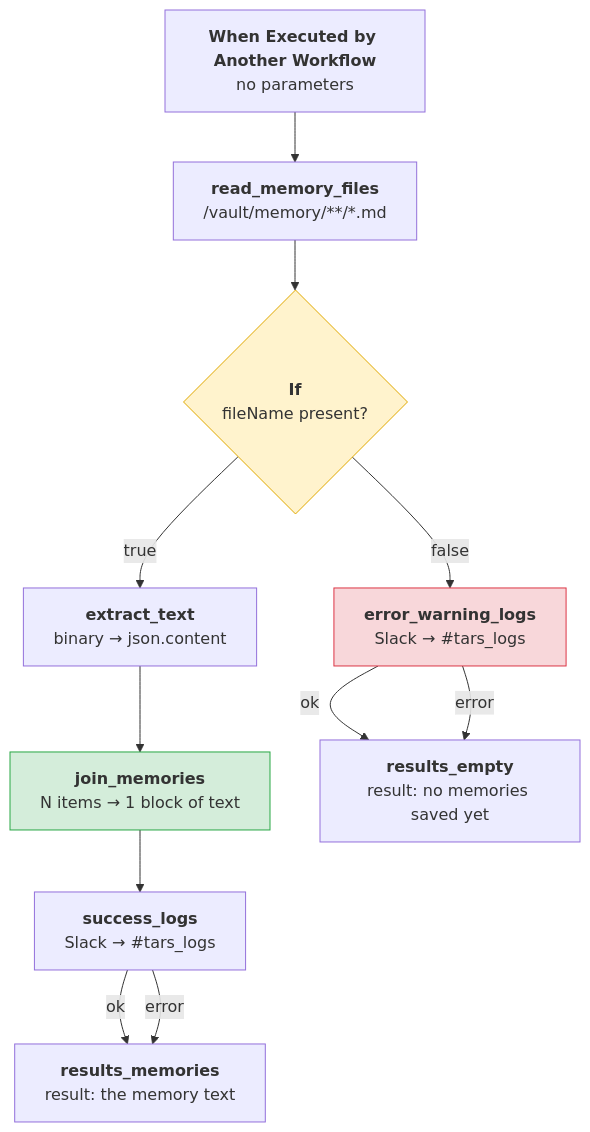
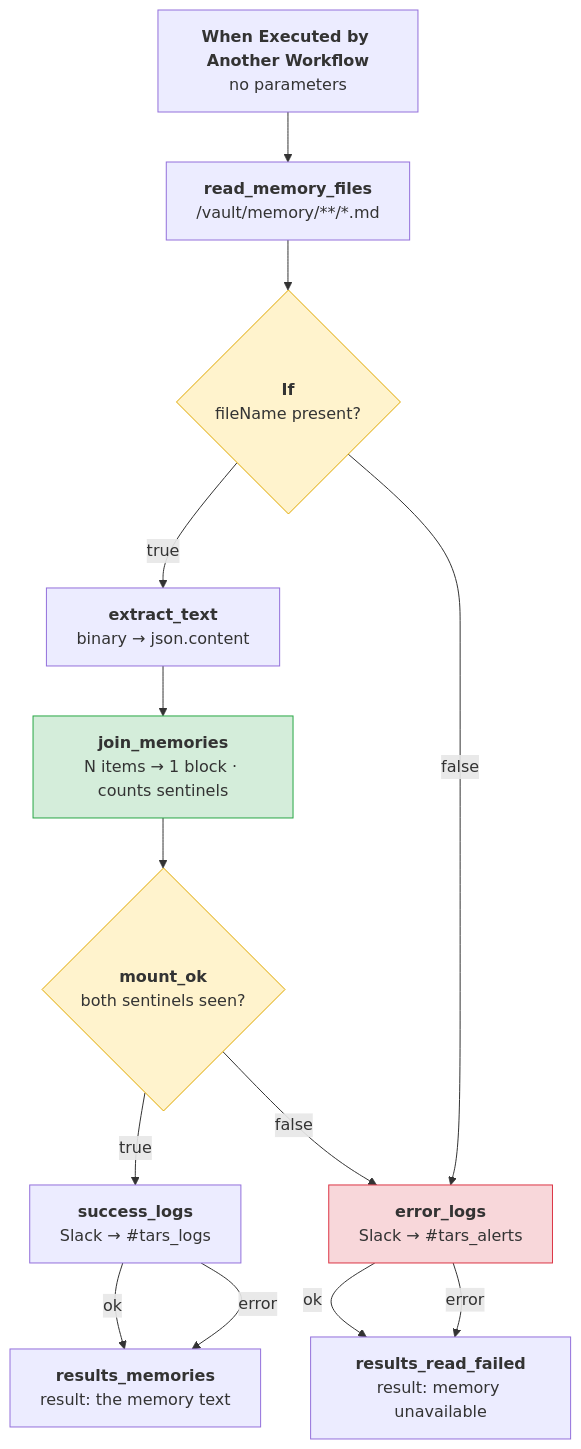
The diagram in docs/memory_read.md (zeltraxion/automation-stack), drawn with Mermaid before and after one commit. The commit also changed other lines of this file and 4 other files, not shown here.

Commit message:
feat: detect a broken memory mount with per-folder sentinels

````diff
--- a/docs/memory_read.md
+++ b/docs/memory_read.md
@@ -31,22 +31,26 @@
 ```mermaid
 flowchart TD
     A["<b>When Executed by Another Workflow</b><br/>no parameters"]
     B["<b>read_memory_files</b><br/>/vault/memory/**/*.md"]
     C{"<b>If</b><br/>fileName present?"}
     D["<b>extract_text</b><br/>binary → json.content"]
-    E["<b>join_memories</b><br/>N items → 1 block of text"]
+    E["<b>join_memories</b><br/>N items → 1 block · counts sentinels"]
+    M{"<b>mount_ok</b><br/>both sentinels seen?"}
     F["<b>success_logs</b><br/>Slack → #tars_logs"]
     G["<b>results_memories</b><br/>result: the memory text"]
-    H["<b>error_warning_logs</b><br/>Slack → #tars_logs"]
-    I["<b>results_empty</b><br/>result: no memories saved yet"]
+    H["<b>error_logs</b><br/>Slack → #tars_alerts"]
+    I["<b>results_read_failed</b><br/>result: memory unavailable"]
     A --> B --> C
-    C -->|true| D --> E --> F
+    C -->|true| D --> E --> M
+    M -->|true| F
     F -->|ok| G
     F -->|error| G
     C -->|false| H
+    M -->|false| H
     H -->|ok| I
     H -->|error| I
     style C fill: #fff3cd, stroke: #e0a800
+    style M fill: #fff3cd, stroke: #e0a800
     style E fill: #d4edda, stroke: #28a745
     style H fill: #f8d7da, stroke: #dc3545
 ```
````
